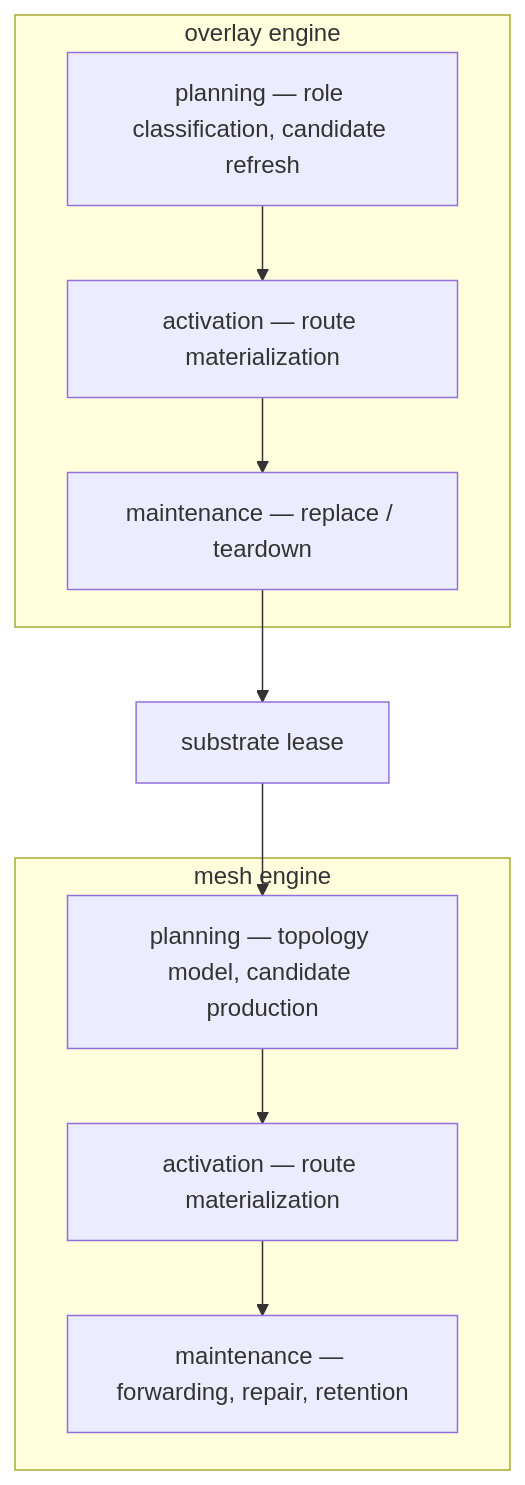
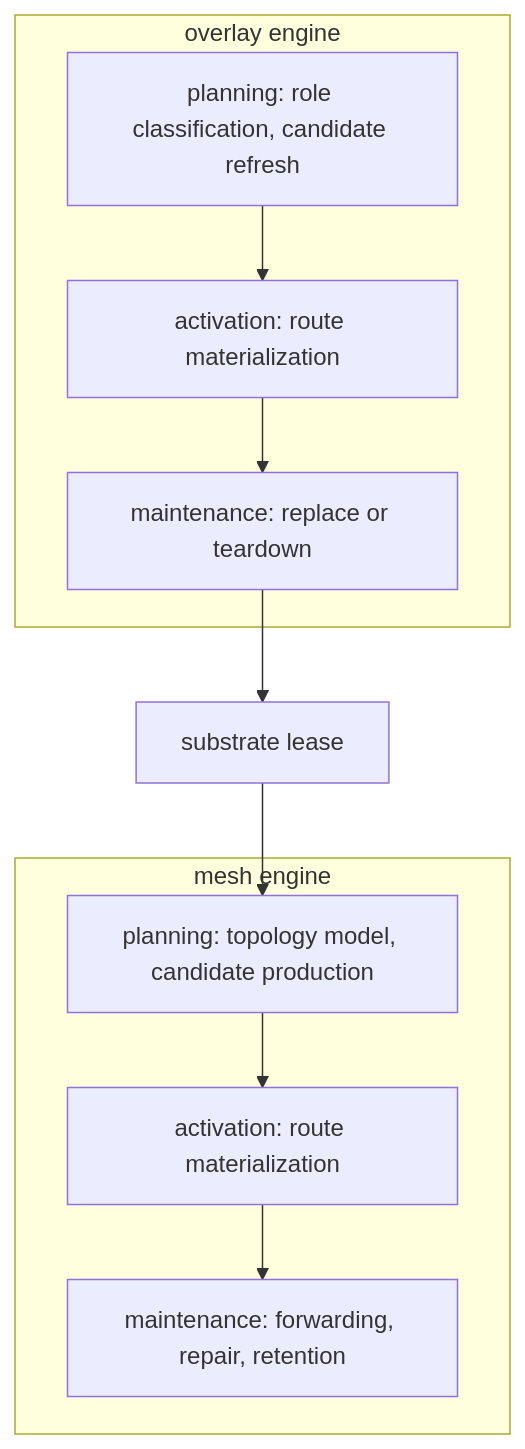
One commit to hxrts/jacquard changed the diagram in docs/105_routing_logic.md. Above: the diagram before and after it, drawn with Mermaid. The commit also changed other lines of this file and 2 other files, not shown here.

````diff
--- a/docs/105_routing_logic.md
+++ b/docs/105_routing_logic.md
@@ -96,22 +92,22 @@
 ```mermaid
 graph TD
     subgraph overlay["overlay engine"]
-        o_plan["planning — role classification, candidate refresh"]
-        o_activate["activation — route materialization"]
-        o_maintain["maintenance — replace / teardown"]
+        o_plan["planning: role classification, candidate refresh"]
+        o_activate["activation: route materialization"]
+        o_maintain["maintenance: replace or teardown"]
 
         o_plan --> o_activate --> o_maintain
     end
 
     substrate["substrate lease"]
 
     subgraph mesh["mesh engine"]
-        m_plan["planning — topology model, candidate production"]
-        m_activate["activation — route materialization"]
-        m_maintain["maintenance — forwarding, repair, retention"]
+        m_plan["planning: topology model, candidate production"]
+        m_activate["activation: route materialization"]
+        m_maintain["maintenance: forwarding, repair, retention"]
 
         m_plan --> m_activate --> m_maintain
     end
 
     o_maintain --> substrate --> m_plan
 ```
````
